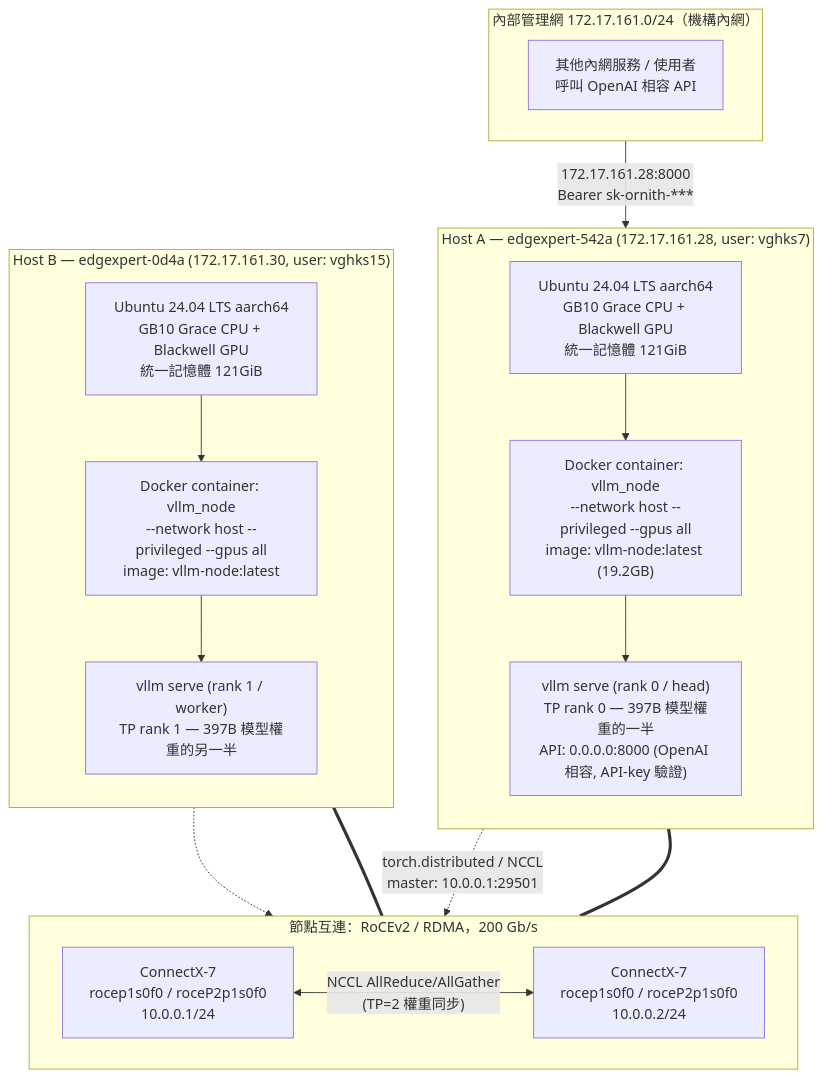
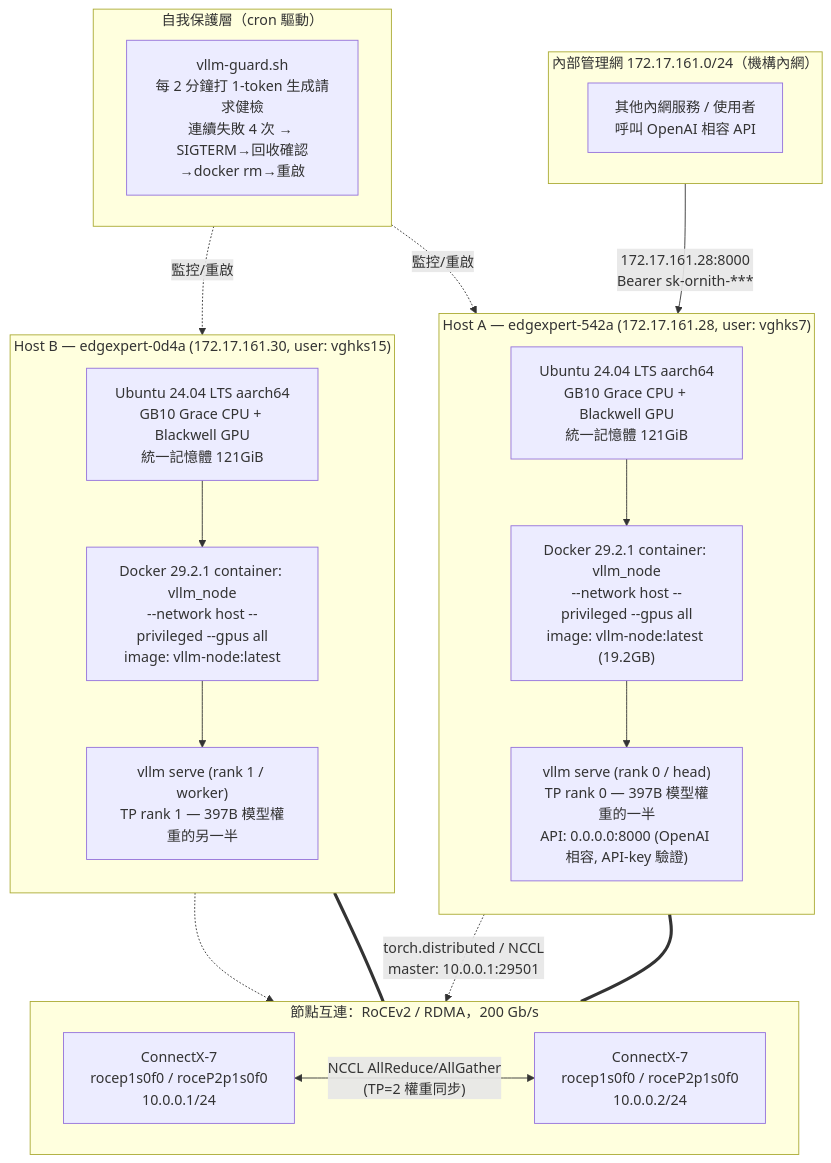
One commit to elianfun/llm-infra-audit-ornith changed the first of 2 diagrams in README.md. Above: the diagram before and after it, drawn with Mermaid. The commit also changed other lines of this file, not shown here.

Commit message:
Add host packages, vLLM source patches, self-protection audit, and rank-assignment timeline

````diff
--- a/README.md
+++ b/README.md
@@ -20,38 +22,44 @@
 ```mermaid
 flowchart TB
     subgraph MGMT["內部管理網 172.17.161.0/24（機構內網）"]
         direction LR
         Client["其他內網服務 / 使用者\n呼叫 OpenAI 相容 API"]
     end
 
     subgraph H1["Host A — edgexpert-542a (172.17.161.28, user: vghks7)"]
         direction TB
         H1OS["Ubuntu 24.04 LTS aarch64\nGB10 Grace CPU + Blackwell GPU\n統一記憶體 121GiB"]
-        H1Docker["Docker container: vllm_node\n--network host --privileged --gpus all\nimage: vllm-node:latest (19.2GB)"]
+        H1Docker["Docker 29.2.1 container: vllm_node\n--network host --privileged --gpus all\nimage: vllm-node:latest (19.2GB)"]
         H1VLLM["vllm serve (rank 0 / head)\nTP rank 0 — 397B 模型權重的一半\nAPI: 0.0.0.0:8000 (OpenAI 相容, API-key 驗證)"]
         H1Docker --> H1VLLM
         H1OS --> H1Docker
     end
 
     subgraph H2["Host B — edgexpert-0d4a (172.17.161.30, user: vghks15)"]
         direction TB
         H2OS["Ubuntu 24.04 LTS aarch64\nGB10 Grace CPU + Blackwell GPU\n統一記憶體 121GiB"]
-        H2Docker["Docker container: vllm_node\n--network host --privileged --gpus all\nimage: vllm-node:latest"]
+        H2Docker["Docker 29.2.1 container: vllm_node\n--network host --privileged --gpus all\nimage: vllm-node:latest"]
         H2VLLM["vllm serve (rank 1 / worker)\nTP rank 1 — 397B 模型權重的另一半"]
         H2Docker --> H2VLLM
         H2OS --> H2Docker
     end
 
     subgraph RDMA["節點互連：RoCEv2 / RDMA，200 Gb/s"]
         direction LR
         NIC1["ConnectX-7\nrocep1s0f0 / roceP2p1s0f0\n10.0.0.1/24"]
         NIC2["ConnectX-7\nrocep1s0f0 / roceP2p1s0f0\n10.0.0.2/24"]
         NIC1 <-->|"NCCL AllReduce/AllGather\n(TP=2 權重同步)"| NIC2
     end
 
+    subgraph GUARD["自我保護層（cron 驅動）"]
+        Watchdog["vllm-guard.sh\n每 2 分鐘打 1-token 生成請求健檢\n連續失敗 4 次 → SIGTERM→回收確認→docker rm→重啟"]
+    end
+
     Client -->|"172.17.161.28:8000\nBearer sk-ornith-***"| H1VLLM
     H1VLLM -.->|"torch.distributed / NCCL\nmaster: 10.0.0.1:29501"| NIC1
     H2VLLM -.-> NIC2
     H1OS === NIC1
     H2OS === NIC2
+    GUARD -.監控/重啟.-> H1VLLM
+    GUARD -.監控/重啟.-> H2VLLM
 ```
````
